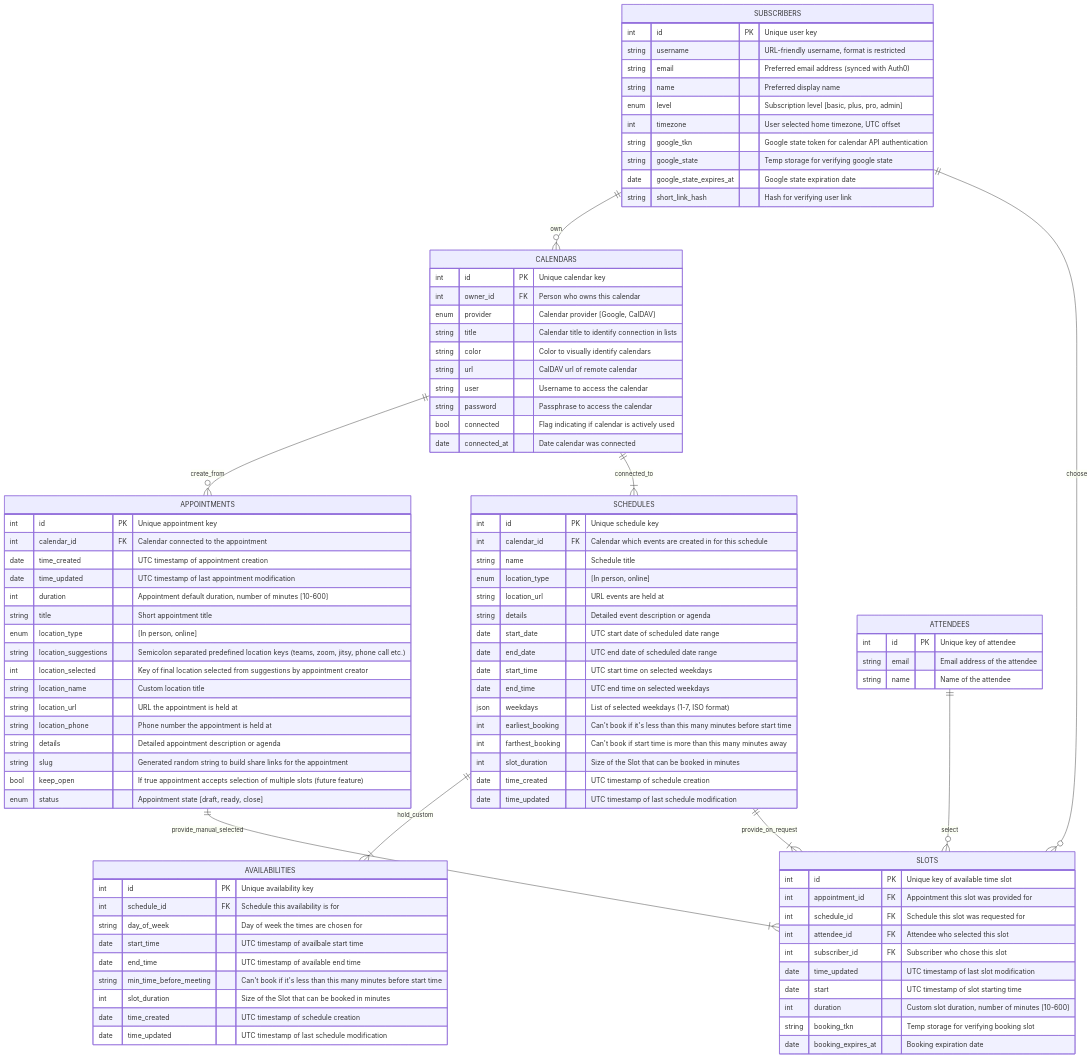
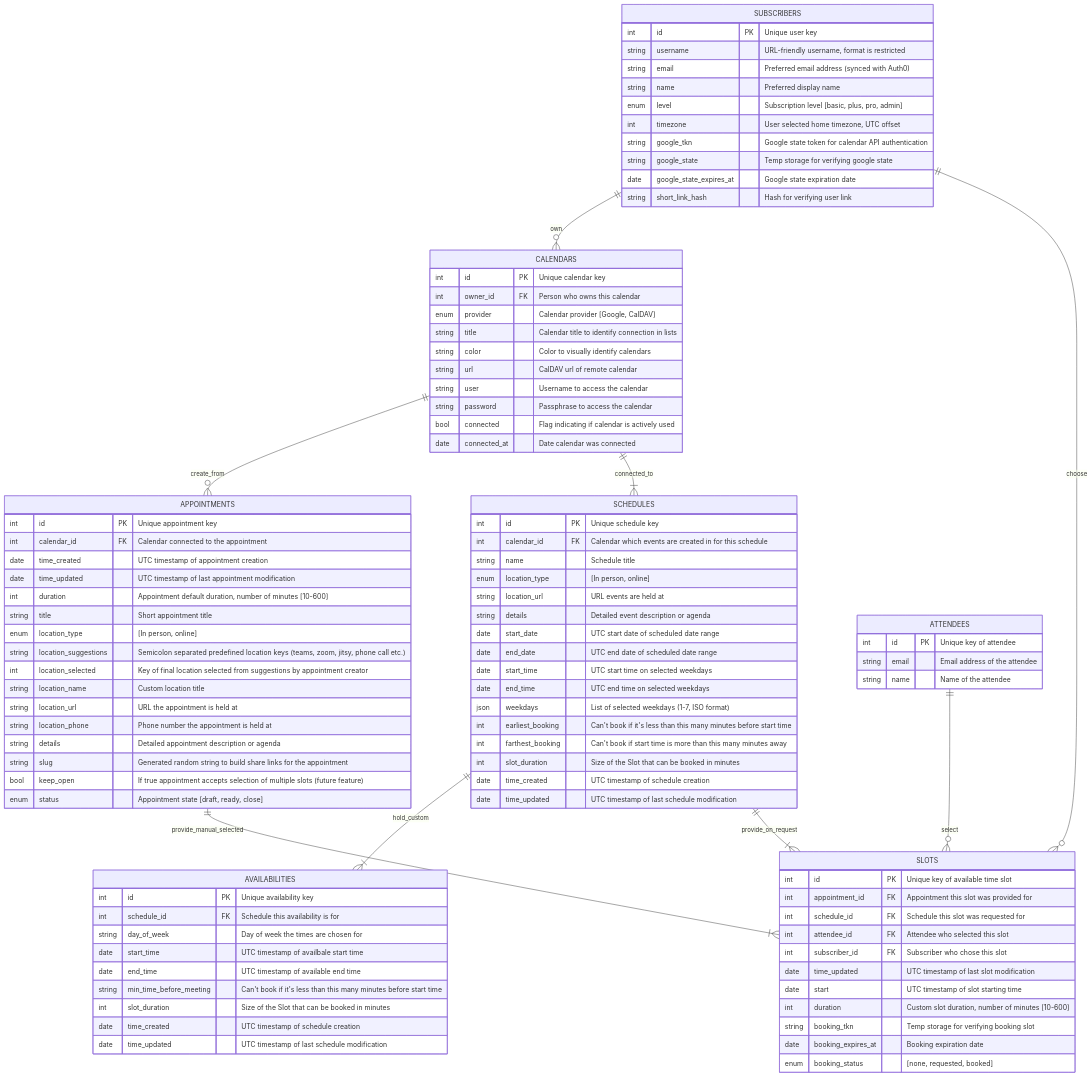
One commit to thunderbird/appointment changed the second of 2 diagrams in docs/README.md. Above: the diagram before and after it, drawn with Mermaid. The commit also changed 1 other file, not shown here.

Commit message:
📜 update documentation

```diff
--- a/docs/README.md
+++ b/docs/README.md
@@ -139,6 +139,7 @@
     int duration "Custom slot duration, number of minutes [10-600]"
     string booking_tkn "Temp storage for verifying booking slot"
     date booking_expires_at "Booking expiration date"
+    enum booking_status "[none, requested, booked]"
   }
   SUBSCRIBERS ||--o{ SLOTS : choose
   ATTENDEES ||--o{ SLOTS : select
```
